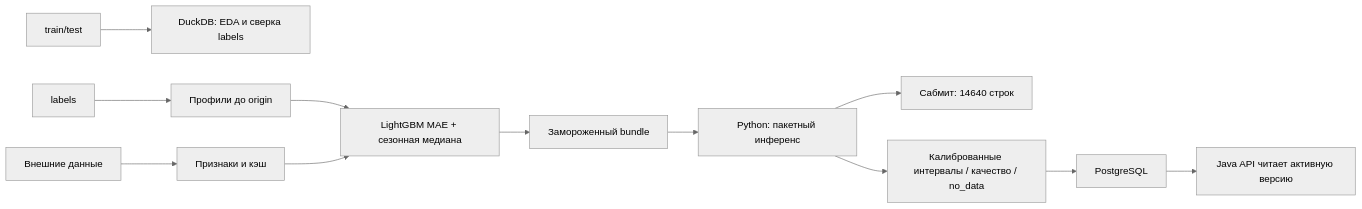
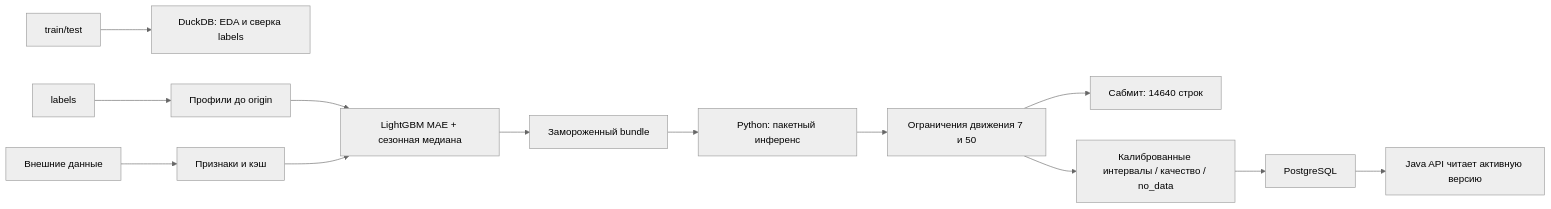
Before and after one commit to alieneth/tram-passenger-forecast: the diagram in ml/ARCHITECTURE.md, drawn with Mermaid (neutral theme). The commit also changed other lines of this file and 23 other files, not shown here.

````diff
--- a/ml/ARCHITECTURE.md
+++ b/ml/ARCHITECTURE.md
@@ -3,14 +3,15 @@
 ```mermaid
 flowchart LR
   Raw[train/test] --> Audit[DuckDB: EDA и сверка labels]
   Labels[labels] --> Profiles[Профили до origin]
   External[Внешние данные] --> Features[Признаки и кэш]
   Profiles --> Fit[LightGBM MAE + сезонная медиана]
   Features --> Fit
   Fit --> Bundle[Замороженный bundle]
   Bundle --> Predict[Python: пакетный инференс]
-  Predict --> CSV[Сабмит: 14640 строк]
-  Predict --> Rows[Калиброванные интервалы / качество / no_data]
+  Predict --> Operations[Ограничения движения 7 и 50]
+  Operations --> CSV[Сабмит: 14640 строк]
+  Operations --> Rows[Калиброванные интервалы / качество / no_data]
   Rows --> PG[PostgreSQL]
   PG --> Java[Java API читает активную версию]
 ```
````
